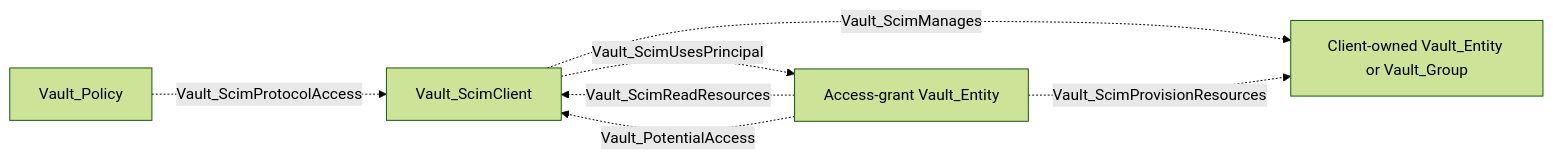
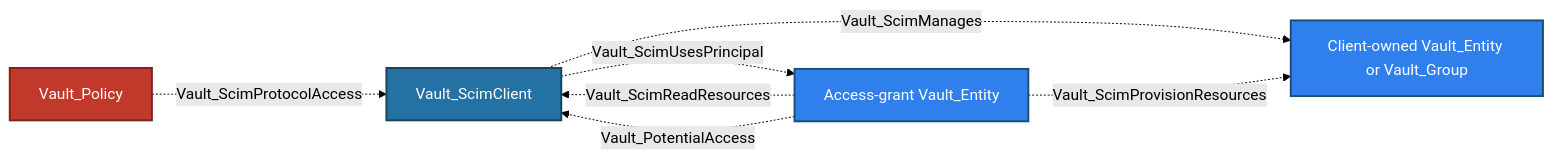
One commit to bytewreck/opengraph-vault changed diagram 11 of 11 in Documentation/stores/IDENTITY.md. Above: the diagram before and after it, drawn with Mermaid (forest theme). The commit also changed other lines of this file and 4 other files, not shown here.

````diff
--- a/Documentation/stores/IDENTITY.md
+++ b/Documentation/stores/IDENTITY.md
@@ -271,9 +320,14 @@
 ```mermaid
 flowchart LR
-    client[Vault_ScimClient] -.->|Vault_ScimUsesPrincipal| principal[Access-grant Vault_Entity]
-    client -.->|Vault_ScimManages| resource["Client-owned Vault_Entity or Vault_Group"]
-    policy[Vault_Policy] -.->|Vault_ScimProtocolAccess| client
+    client[Vault_ScimClient]:::scimNode -.->|Vault_ScimUsesPrincipal| principal[Access-grant Vault_Entity]:::entityNode
+    client -.->|Vault_ScimManages| resource["Client-owned Vault_Entity or Vault_Group"]:::identityNode
+    policy[Vault_Policy]:::policyNode -.->|Vault_ScimProtocolAccess| client
     principal -.->|Vault_ScimReadResources| client
     principal -.->|Vault_ScimProvisionResources| resource
     principal -.->|Vault_PotentialAccess| client
+
+    classDef scimNode fill:#2471A3,color:#fff,stroke:#154360,stroke-width:2px
+    classDef entityNode fill:#2F80ED,color:#fff,stroke:#1B4F72,stroke-width:2px
+    classDef identityNode fill:#2F80ED,color:#fff,stroke:#1B4F72,stroke-width:2px
+    classDef policyNode fill:#C0392B,color:#fff,stroke:#7B241C,stroke-width:2px
 ```
````
